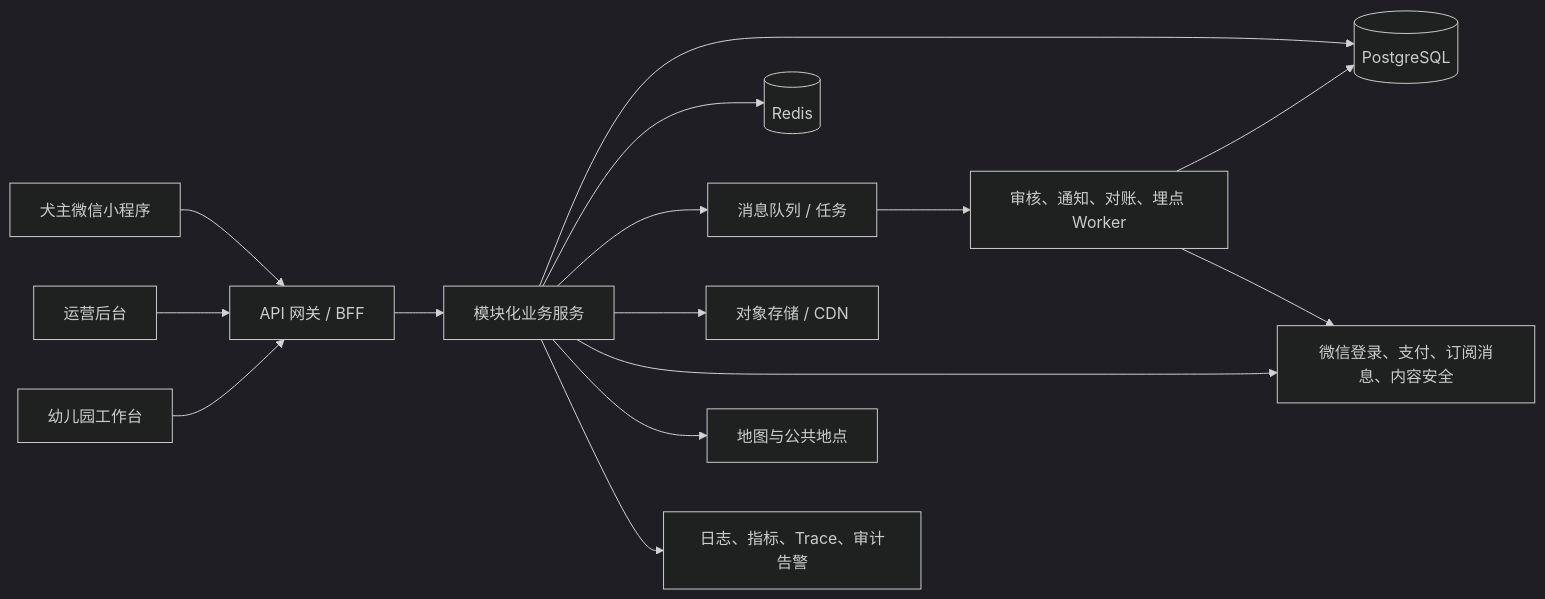
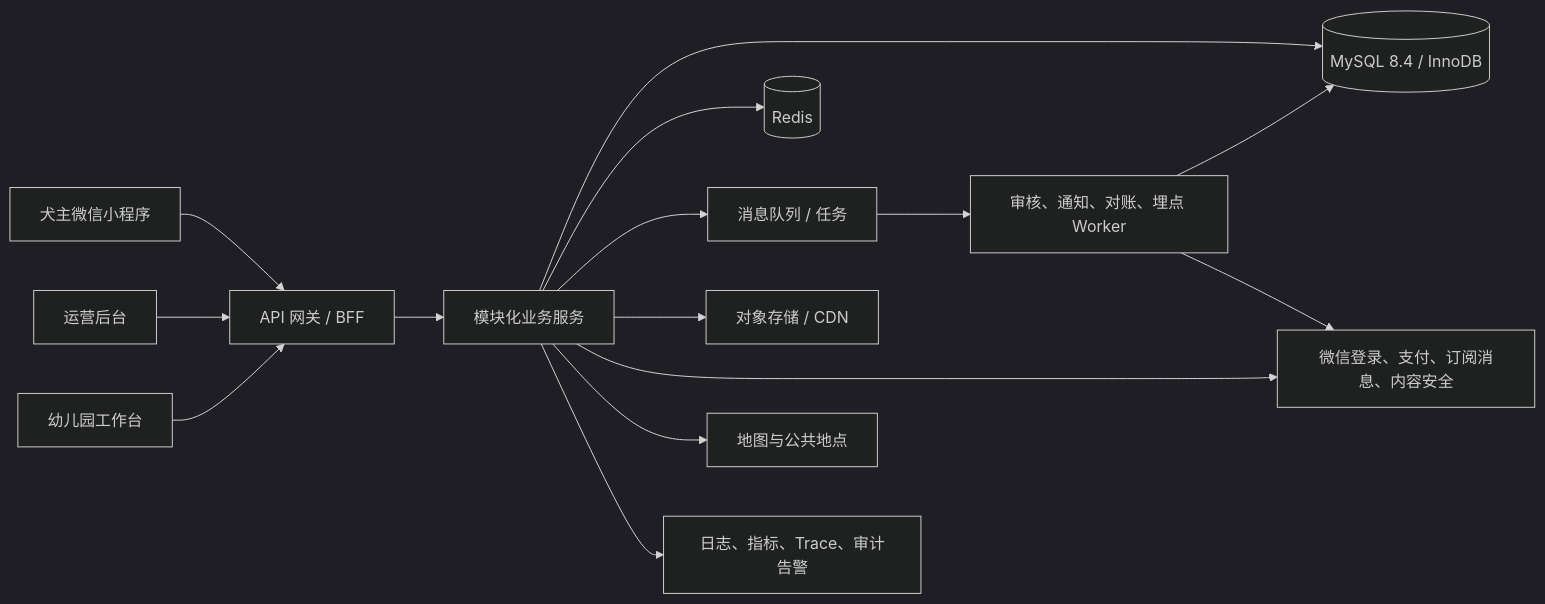
One commit to zomhe/petsocial changed the first of 2 diagrams in docs/07-技术与数据架构.md. Above: the diagram before and after it, drawn with Mermaid (dark theme). The commit also changed other lines of this file, not shown here.

Commit message:
docs: switch database baseline to MySQL

````diff
--- a/docs/07-技术与数据架构.md
+++ b/docs/07-技术与数据架构.md
@@ -25,17 +25,17 @@
 ```mermaid
 flowchart LR
   U["犬主微信小程序"] --> API["API 网关 / BFF"]
   O["运营后台"] --> API
   D["幼儿园工作台"] --> API
   API --> APP["模块化业务服务"]
-  APP --> DB[("PostgreSQL")]
+  APP --> DB[("MySQL 8.4 / InnoDB")]
   APP --> R[("Redis")]
   APP --> MQ["消息队列 / 任务"]
   APP --> OBJ["对象存储 / CDN"]
   APP --> WX["微信登录、支付、订阅消息、内容安全"]
   APP --> MAP["地图与公共地点"]
   MQ --> WORKER["审核、通知、对账、埋点 Worker"]
   WORKER --> DB
   WORKER --> WX
   APP --> OBS["日志、指标、Trace、审计告警"]
 ```
````
